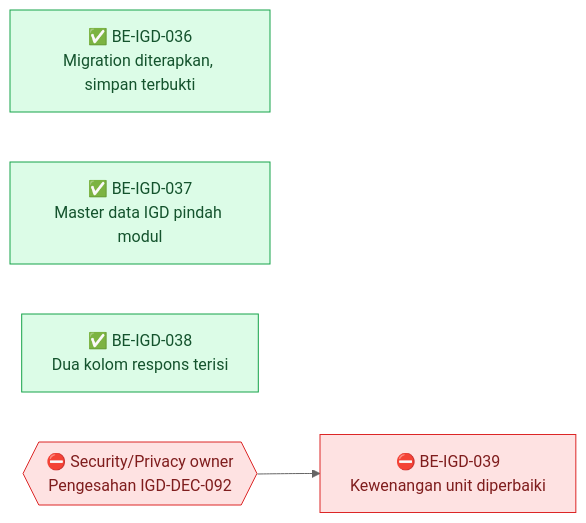
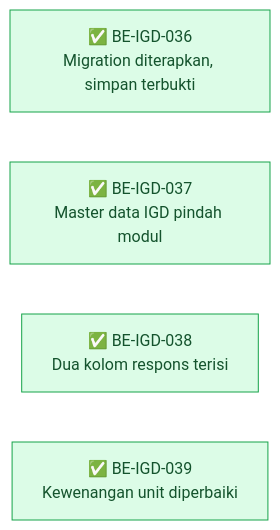
The sixth of 13 diagrams in docs/module-blueprints/igd/roadmap/backend-roadmap.md (DevBenari/NewQuilvianSystemBackend), drawn with Mermaid (neutral theme) before and after one commit. The commit also changed other lines of this file and 20 other files, not shown here.

````diff
--- a/docs/module-blueprints/igd/roadmap/backend-roadmap.md
+++ b/docs/module-blueprints/igd/roadmap/backend-roadmap.md
@@ -1227,16 +1237,13 @@
 ```mermaid
 flowchart LR
     classDef selesai fill:#DCFCE7,stroke:#16A34A,color:#14532D
     classDef sebagian fill:#FEF9C3,stroke:#CA8A04,color:#713F12
     classDef terblokir fill:#FEE2E2,stroke:#DC2626,color:#7F1D1D
     classDef belum fill:#F1F5F9,stroke:#64748B,color:#0F172A
     classDef luar fill:#EDE9FE,stroke:#7C3AED,color:#3B0764
 
     BEIGD036["✅ BE-IGD-036<br/>Migration diterapkan, simpan terbukti"]:::selesai
     BEIGD037["✅ BE-IGD-037<br/>Master data IGD pindah modul"]:::selesai
     BEIGD038["✅ BE-IGD-038<br/>Dua kolom respons terisi"]:::selesai
-    BEIGD039["⛔ BE-IGD-039<br/>Kewenangan unit diperbaiki"]:::terblokir
-    SECOWNER{{"⛔ Security/Privacy owner<br/>Pengesahan IGD-DEC-092"}}:::terblokir
-
-    SECOWNER --> BEIGD039
+    BEIGD039["✅ BE-IGD-039<br/>Kewenangan unit diperbaiki"]:::selesai
 ```
````
